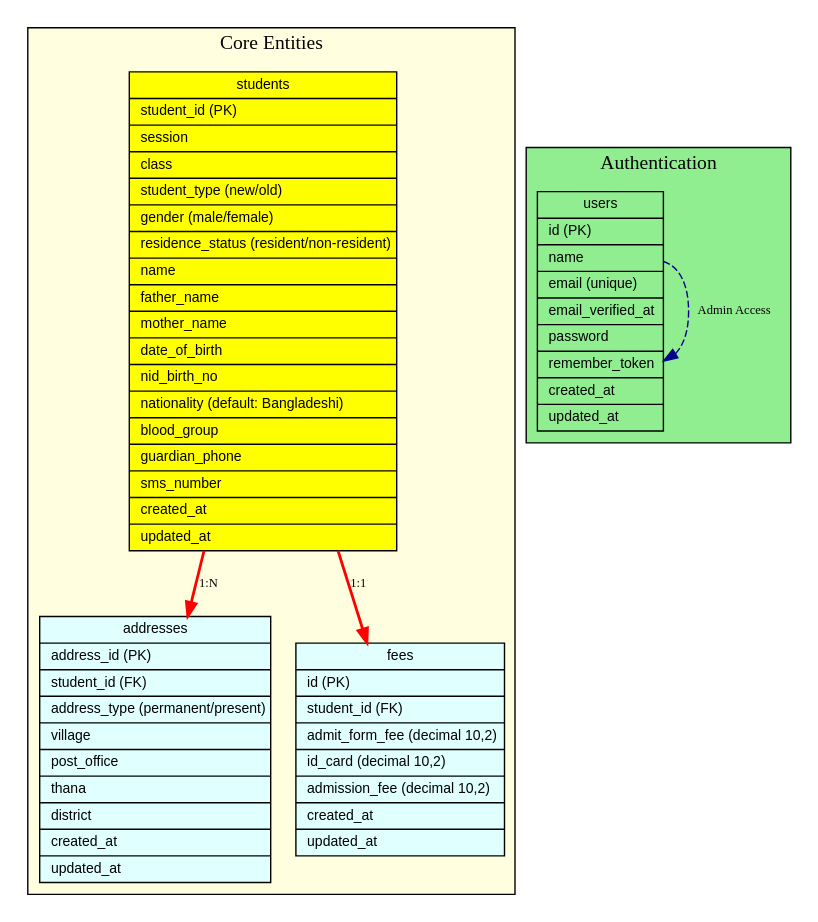
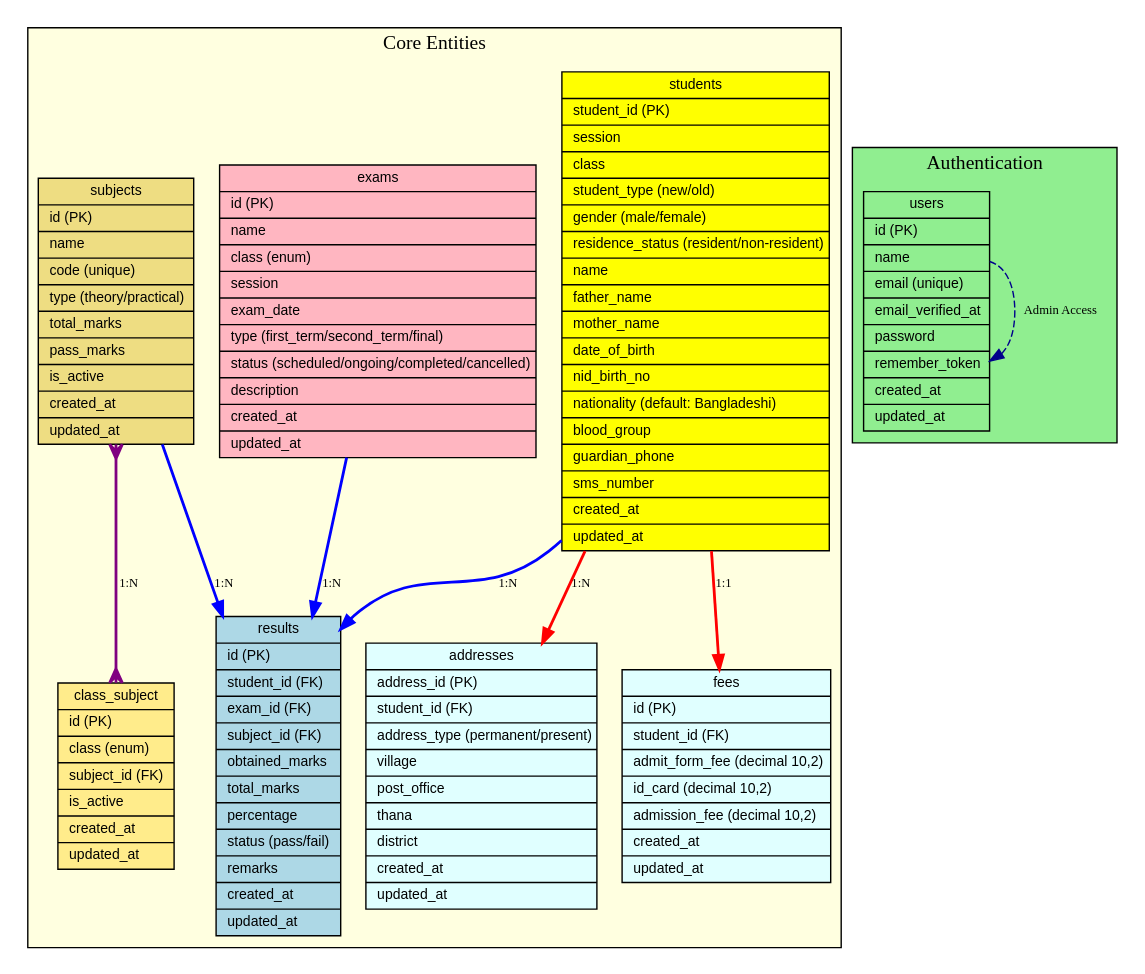
One commit to rafsaniShazid/Madrasa_management changed the diagram in schema.dot. Above: the diagram before and after it, drawn with Graphviz. The commit also changed 46 other files, not shown here.

```diff
--- a/schema.dot
+++ b/schema.dot
@@ -1,53 +1,87 @@
 digraph madrasa_management_er {
     // Graph configuration
     rankdir=TB;
     node [shape=record, style=filled, fontname="Arial", fontsize=10];
     edge [color=darkblue, fontsize=9];
     
     // Main entity - Students
     students [
         label="{students|student_id (PK)\l|session\l|class\l|student_type (new/old)\l|gender (male/female)\l|residence_status (resident/non-resident)\l|name\l|father_name\l|mother_name\l|date_of_birth\l|nid_birth_no\l|nationality (default: Bangladeshi)\l|blood_group\l|guardian_phone\l|sms_number\l|created_at\l|updated_at\l}",
         fillcolor=yellow
     ];
     
     // Related entities
     addresses [
         label="{addresses|address_id (PK)\l|student_id (FK)\l|address_type (permanent/present)\l|village\l|post_office\l|thana\l|district\l|created_at\l|updated_at\l}",
         fillcolor=lightcyan
     ];
     
     fees [
         label="{fees|id (PK)\l|student_id (FK)\l|admit_form_fee (decimal 10,2)\l|id_card (decimal 10,2)\l|admission_fee (decimal 10,2)\l|created_at\l|updated_at\l}",
         fillcolor=lightcyan
     ];
     
     // Authentication & System tables
     users [
         label="{users|id (PK)\l|name\l|email (unique)\l|email_verified_at\l|password\l|remember_token\l|created_at\l|updated_at\l}",
         fillcolor=lightgreen
     ];
     
     // Primary relationships
     students -> addresses [label="1:N", color=red, penwidth=2];
     students -> fees [label="1:1", color=red, penwidth=2];
     
     // System relationships
     users -> users [label="Admin Access", style=dashed];
     
     // Grouping for better visualization
     subgraph cluster_main {
         label="Core Entities";
         style=filled;
         fillcolor=lightyellow;
         students;
         addresses;
         fees;
+            subjects;
+            class_subject;
+            exams;
+            results;
     }
     
     subgraph cluster_auth {
         label="Authentication";
         style=filled;
         fillcolor=lightgreen;
         users;
     }
+    // New entities
+    subjects [
+        label="{subjects|id (PK)\l|name\l|code (unique)\l|type (theory/practical)\l|total_marks\l|pass_marks\l|is_active\l|created_at\l|updated_at\l}",
+        fillcolor=lightgoldenrod
+    ];
+
+    class_subject [
+        label="{class_subject|id (PK)\l|class (enum)\l|subject_id (FK)\l|is_active\l|created_at\l|updated_at\l}",
+        fillcolor=lightgoldenrod1
+    ];
+
+    exams [
+        label="{exams|id (PK)\l|name\l|class (enum)\l|session\l|exam_date\l|type (first_term/second_term/final)\l|status (scheduled/ongoing/completed/cancelled)\l|description\l|created_at\l|updated_at\l}",
+        fillcolor=lightpink
+    ];
+
+    results [
+        label="{results|id (PK)\l|student_id (FK)\l|exam_id (FK)\l|subject_id (FK)\l|obtained_marks\l|total_marks\l|percentage\l|status (pass/fail)\l|remarks\l|created_at\l|updated_at\l}",
+        fillcolor=lightblue
+    ];
+
+    // New relationships
+    students -> results [label="1:N", color=blue, penwidth=2];
+    exams -> results [label="1:N", color=blue, penwidth=2];
+    subjects -> results [label="1:N", color=blue, penwidth=2];
+    
+    // Many-to-Many: Subjects <-> Classes (through class_subject pivot)
+    subjects -> class_subject [label="1:N", color=purple, penwidth=2, dir=both, arrowhead=crow, arrowtail=crow];
+    // Note: class_subject.class is enum (play, nursery, first, etc.)
+    // This creates M:N between subjects and class enum values
 }
```
